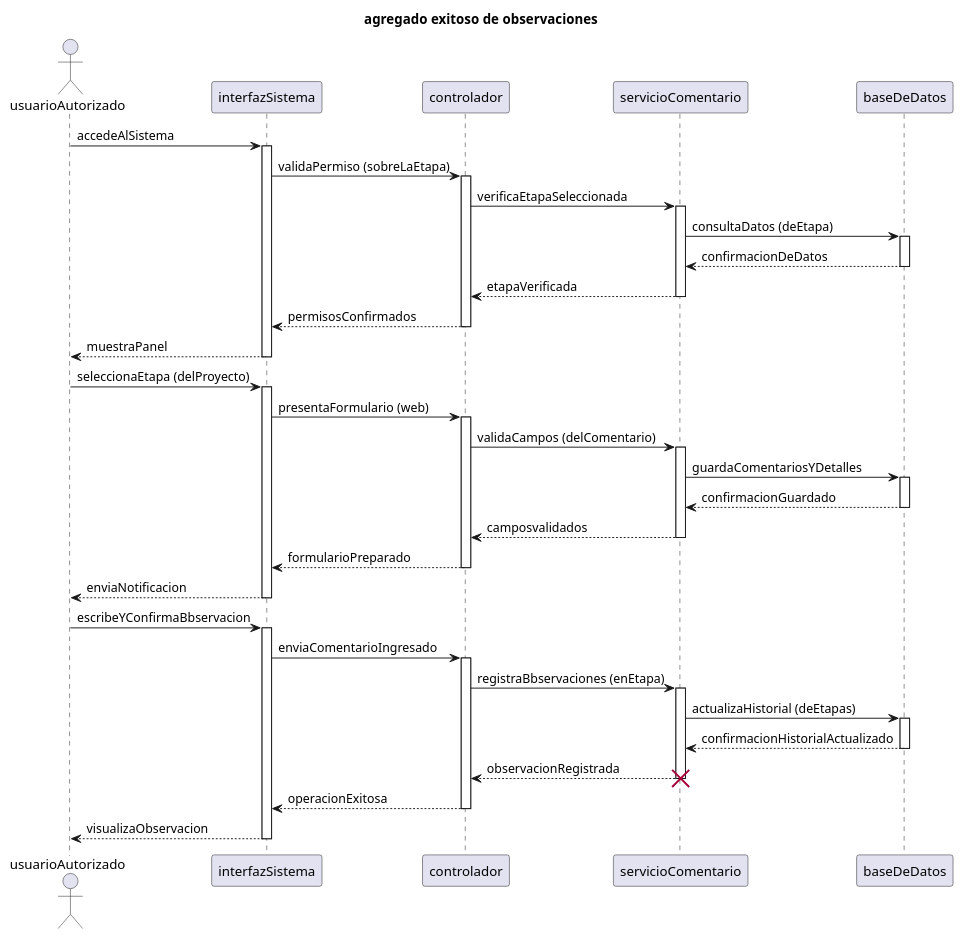
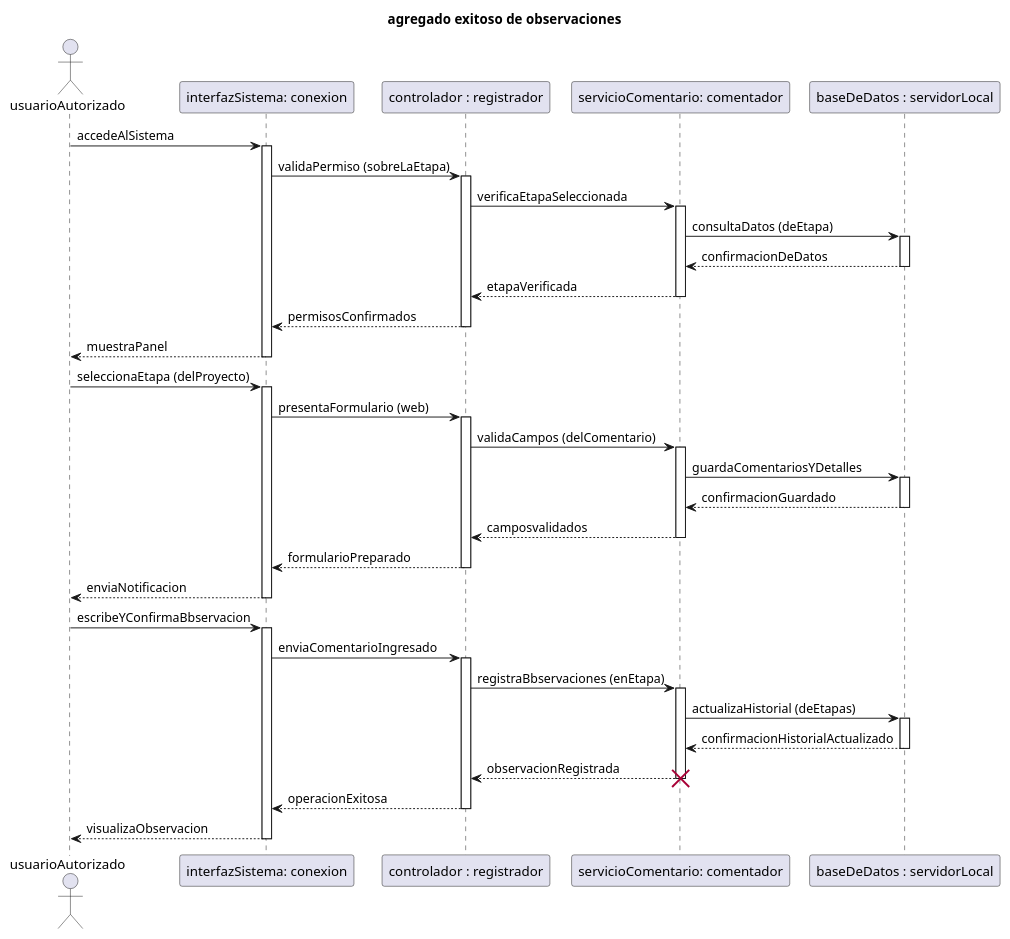
Before and after one commit to 9919-Mili/SistemaProductoraVideos: the diagram in diagramas/05-diagramas-secuencia/05-secuencia-agregar-observaciones-agregado-exitoso-de-observaciones-03.puml, drawn with PlantUML. The commit also changed 7 other files, not shown here.

```diff
--- a/diagramas/05-diagramas-secuencia/05-secuencia-agregar-observaciones-agregado-exitoso-de-observaciones-03.puml
+++ b/diagramas/05-diagramas-secuencia/05-secuencia-agregar-observaciones-agregado-exitoso-de-observaciones-03.puml
@@ -1,63 +1,63 @@
 @startuml 
 title agregado exitoso de observaciones 
 
 actor usuarioAutorizado
-participant interfazSistema as interfazSistema
-participant controlador as controlador
-participant servicioComentario as servicioComentario
-participant baseDeDatos as baseDeDatos
+participant "interfazSistema: conexion" as interfazSistema
+participant "controlador : registrador" as controlador
+participant "servicioComentario: comentador" as servicioComentario
+participant "baseDeDatos : servidorLocal" as baseDeDatos
 
 usuarioAutorizado -> interfazSistema: accedeAlSistema
 activate interfazSistema
 interfazSistema -> controlador: validaPermiso (sobreLaEtapa)
 activate controlador
 controlador -> servicioComentario: verificaEtapaSeleccionada
 activate servicioComentario
 servicioComentario -> baseDeDatos: consultaDatos (deEtapa)
 activate baseDeDatos
 baseDeDatos --> servicioComentario: confirmacionDeDatos
 deactivate baseDeDatos
 servicioComentario --> controlador: etapaVerificada
 deactivate servicioComentario
 controlador --> interfazSistema: permisosConfirmados
 deactivate controlador
 interfazSistema --> usuarioAutorizado: muestraPanel 
 deactivate interfazSistema
 
 usuarioAutorizado -> interfazSistema: seleccionaEtapa (delProyecto)
 activate interfazSistema
 interfazSistema -> controlador: presentaFormulario (web) 
 activate controlador
 controlador -> servicioComentario: validaCampos (delComentario) 
 activate servicioComentario
 servicioComentario -> baseDeDatos: guardaComentariosYDetalles 
 activate baseDeDatos
 baseDeDatos --> servicioComentario: confirmacionGuardado
 deactivate baseDeDatos
 servicioComentario --> controlador: camposvalidados 
 deactivate servicioComentario
 controlador --> interfazSistema: formularioPreparado
 deactivate controlador
 interfazSistema --> usuarioAutorizado: enviaNotificacion 
 deactivate interfazSistema
 
 usuarioAutorizado-> interfazSistema: escribeYConfirmaBbservacion 
 activate interfazSistema
 interfazSistema -> controlador: enviaComentarioIngresado
 activate controlador
 controlador -> servicioComentario: registraBbservaciones (enEtapa)
 activate servicioComentario
 servicioComentario -> baseDeDatos: actualizaHistorial (deEtapas) 
 activate baseDeDatos
 baseDeDatos --> servicioComentario: confirmacionHistorialActualizado
 deactivate baseDeDatos 
 servicioComentario --> controlador: observacionRegistrada 
 deactivate servicioComentario
 destroy servicioComentario
 controlador --> interfazSistema: operacionExitosa 
 deactivate controlador
 interfazSistema --> usuarioAutorizado: visualizaObservacion 
 deactivate interfazSistema
 
 
 @enduml
```
